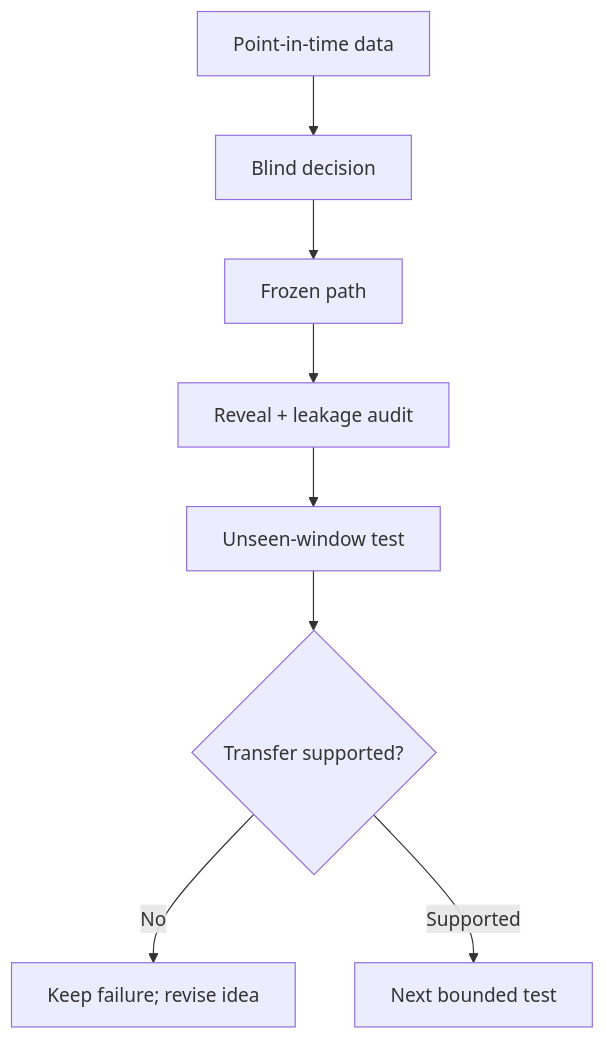
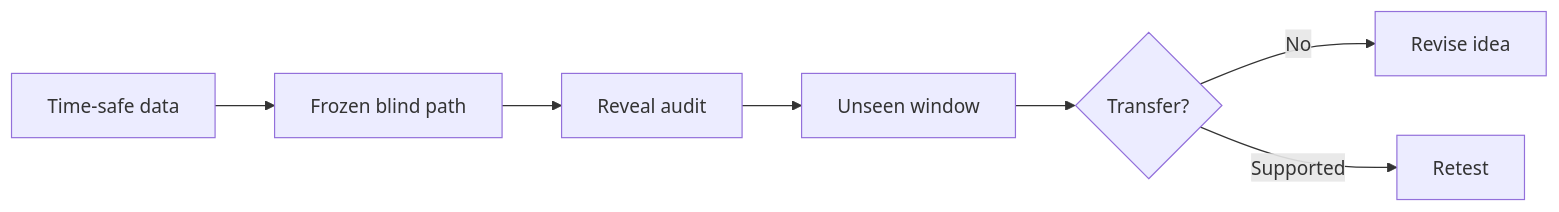
One commit to Cornelius-Chen/Cornelius-Chen changed the second of 2 diagrams in README.md. Above: the diagram before and after it, drawn with Mermaid. The commit also changed other lines of this file, not shown here.

Commit message:
Condense profile overview diagrams

````diff
--- a/README.md
+++ b/README.md
@@ -32,10 +30,9 @@
 ```mermaid
-flowchart TD
-    A[Point-in-time data] --> B[Blind decision]
-    B --> C[Frozen path]
-    C --> D[Reveal + leakage audit]
-    D --> E[Unseen-window test]
-    E --> F{Transfer supported?}
-    F -- No --> G[Keep failure; revise idea]
-    F -- Supported --> H[Next bounded test]
+flowchart LR
+    A[Time-safe data] --> B[Frozen blind path]
+    B --> C[Reveal audit]
+    C --> D[Unseen window]
+    D --> E{Transfer?}
+    E -- No --> F[Revise idea]
+    E -- Supported --> G[Retest]
 ```
````
